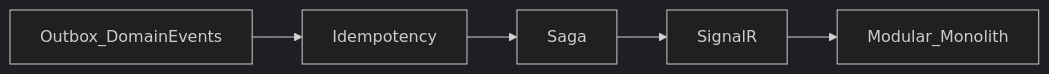
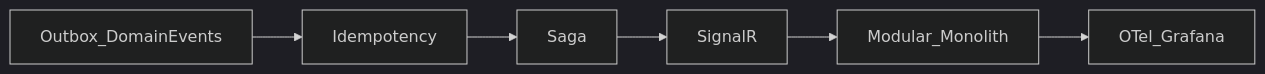
The diagram in docs/architecture-notes.de.md (fdeniz07/BankApp), drawn with Mermaid (dark theme) before and after one commit. The commit also changed other lines of this file and 18 other files, not shown here.

Commit message:
doc: Record OTel UX DecisionBy header and roadmap backlog items

````diff
--- a/docs/architecture-notes.de.md
+++ b/docs/architecture-notes.de.md
@@ -106,7 +109,8 @@
 ```mermaid
 flowchart LR
   A[Outbox_DomainEvents] --> B[Idempotency]
   B --> C[Saga]
   C --> D[SignalR]
   D --> E[Modular_Monolith]
+  E --> F[OTel_Grafana]
 ```
````
